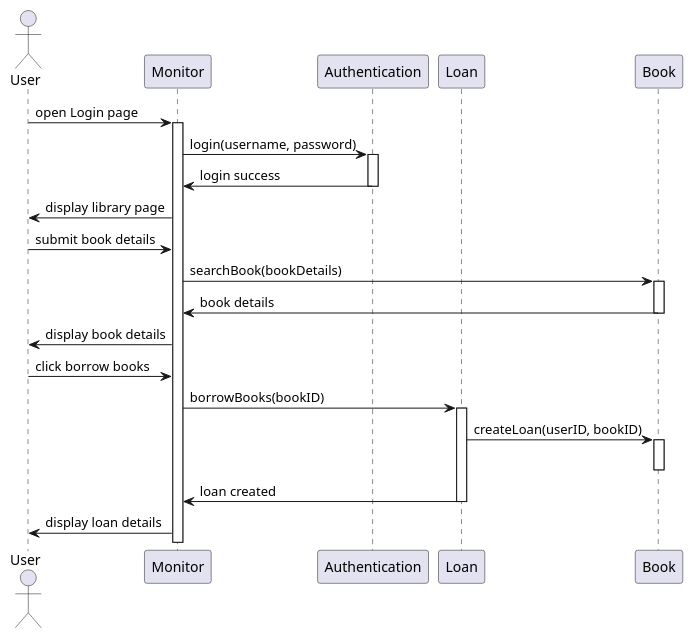
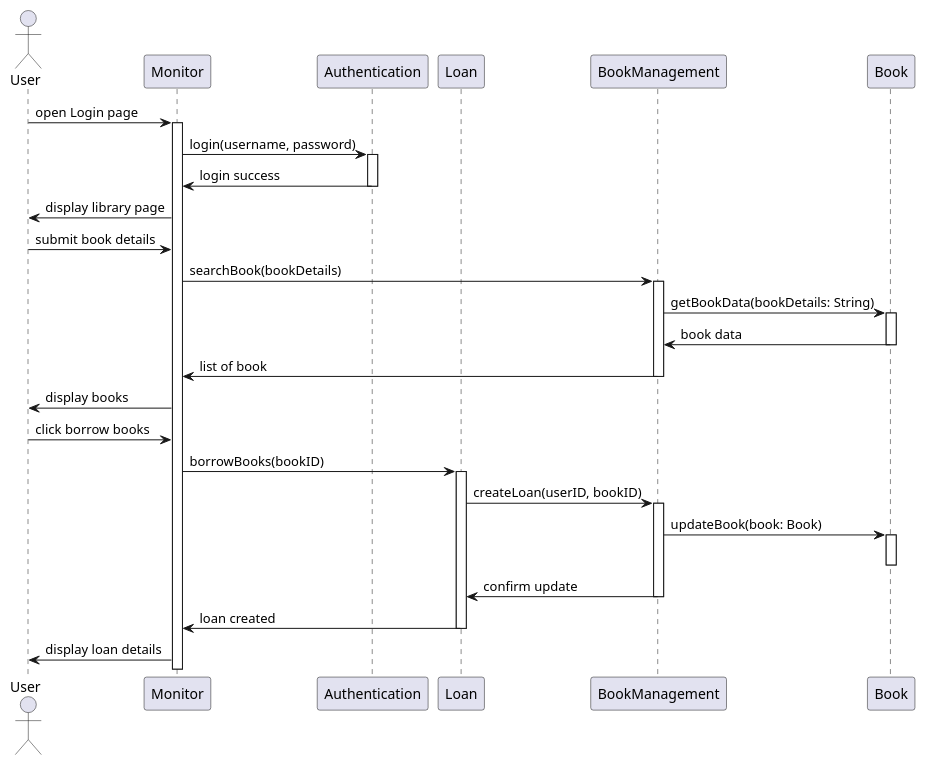
One commit to zuzu2307/Final_UML changed the diagram in src/borrowingBook.puml. Above: the diagram before and after it, drawn with PlantUML. The commit also changed 13 other files, not shown here.

```diff
--- a/src/borrowingBook.puml
+++ b/src/borrowingBook.puml
@@ -1,34 +1,43 @@
 @startuml
 actor User
 participant Monitor
 participant Authentication
 participant Loan
+participant BookManagement
 participant Book
 
 User -> Monitor: open Login page
 activate Monitor
 Monitor -> Authentication: login(username, password)
 activate Authentication
 Authentication -> Monitor: login success
 deactivate Authentication
 Monitor -> User: display library page
 
 User -> Monitor: submit book details
-Monitor -> Book: searchBook(bookDetails)
+Monitor -> BookManagement: searchBook(bookDetails)
+activate BookManagement
+BookManagement -> Book: getBookData(bookDetails: String)
 activate Book
-Book -> Monitor: book details
+Book -> BookManagement: book data
 deactivate Book
-Monitor -> User: display book details
+BookManagement -> Monitor: list of book
+deactivate BookManagement
+Monitor -> User: display books
 
 
 User -> Monitor: click borrow books
 Monitor -> Loan: borrowBooks(bookID)
 activate Loan
 
-Loan -> Book: createLoan(userID, bookID)
+Loan -> BookManagement: createLoan(userID, bookID)
+activate BookManagement
+BookManagement -> Book: updateBook(book: Book)
 activate Book
 deactivate Book
+BookManagement -> Loan: confirm update
+deactivate BookManagement
 Loan -> Monitor: loan created
 deactivate Loan
 Monitor -> User: display loan details
 @enduml
```
